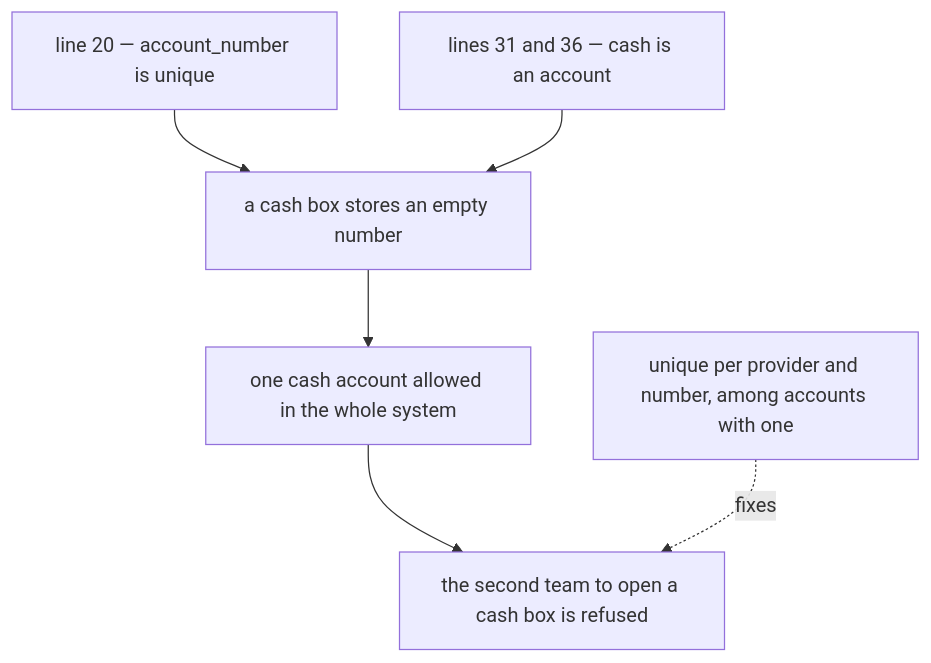
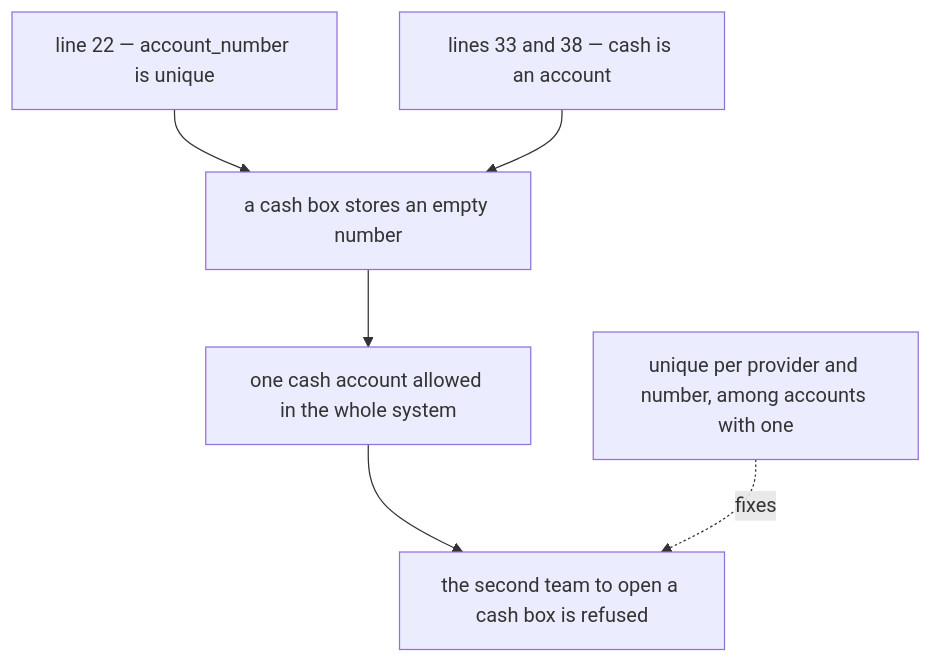
Before and after one commit to pdcgo/warehouse_revamp: the seventh of 7 diagrams in docs/business/financial_account/context_clarify.md, drawn with Mermaid. The commit also changed other lines of this file and 3 other files, not shown here.

````diff
--- a/docs/business/financial_account/context_clarify.md
+++ b/docs/business/financial_account/context_clarify.md
@@ -330,8 +388,8 @@
 ```mermaid
 flowchart TB
-  U["line 20 — account_number is unique"] --> E["a cash box stores an empty number"]
-  C["lines 31 and 36 — cash is an account"] --> E
+  U["line 22 — account_number is unique"] --> E["a cash box stores an empty number"]
+  C["lines 33 and 38 — cash is an account"] --> E
   E --> ONE["one cash account allowed in the whole system"]
   ONE --> X["the second team to open a cash box is refused"]
   S["unique per provider and number, among accounts with one"] -.->|"fixes"| X
 ```
````
